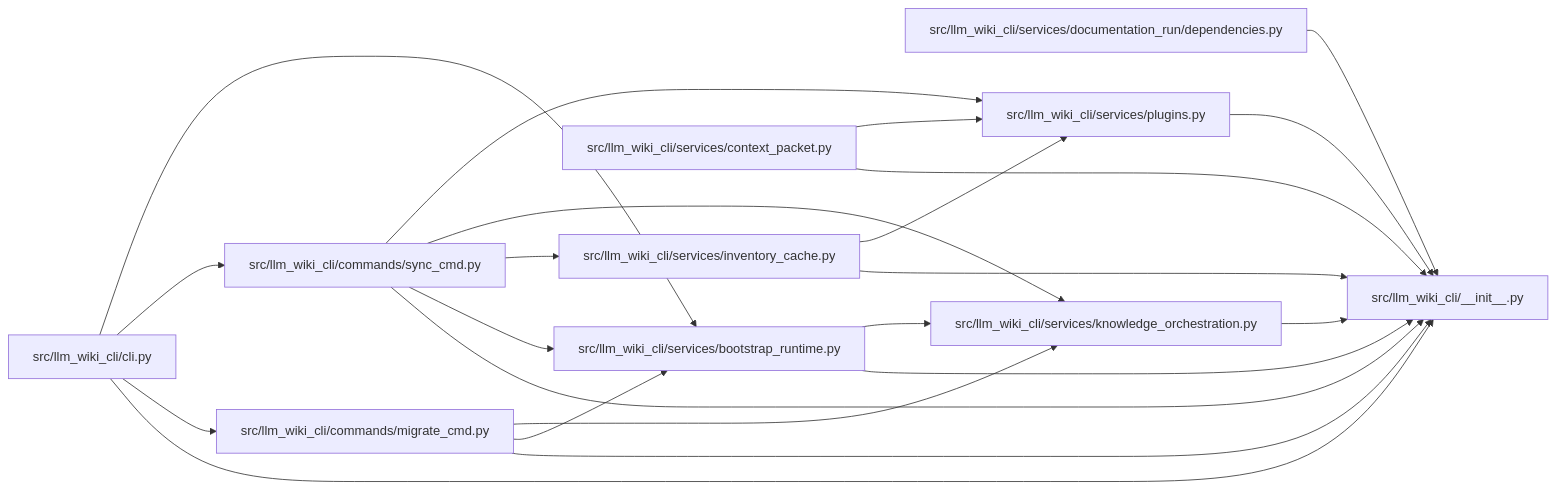
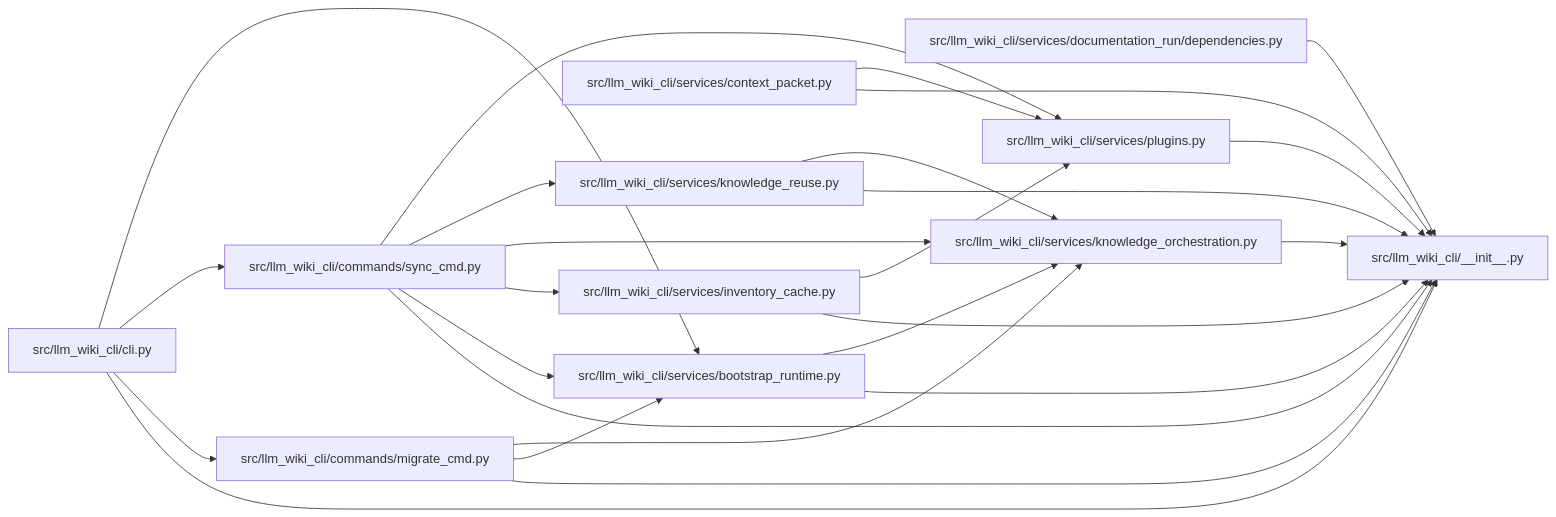
Before and after one commit to Denissvgn/python-wiki-llm: the diagram in docs/llm_wiki/modules/llm_wiki_cli___init__.md, drawn with Mermaid. The commit also changed other lines of this file and 240 other files, not shown here.

````diff
--- a/docs/llm_wiki/modules/llm_wiki_cli___init__.md
+++ b/docs/llm_wiki/modules/llm_wiki_cli___init__.md
@@ -18,44 +18,49 @@
 ```mermaid
 flowchart LR
     n0["src/llm_wiki_cli/__init__.py"]
     n1["src/llm_wiki_cli/cli.py"]
     n2["src/llm_wiki_cli/commands/migrate_cmd.py"]
     n3["src/llm_wiki_cli/commands/sync_cmd.py"]
     n4["src/llm_wiki_cli/services/bootstrap_runtime.py"]
     n5["src/llm_wiki_cli/services/context_packet.py"]
     n6["src/llm_wiki_cli/services/documentation_run/dependencies.py"]
     n7["src/llm_wiki_cli/services/inventory_cache.py"]
     n8["src/llm_wiki_cli/services/knowledge_orchestration.py"]
-    n9["src/llm_wiki_cli/services/plugins.py"]
+    n9["src/llm_wiki_cli/services/knowledge_reuse.py"]
+    n10["src/llm_wiki_cli/services/plugins.py"]
     n1 --> n0
     n1 --> n2
     n1 --> n3
     n1 --> n4
     n2 --> n0
     n2 --> n4
     n2 --> n8
     n3 --> n0
     n3 --> n4
     n3 --> n7
     n3 --> n8
     n3 --> n9
+    n3 --> n10
     n4 --> n0
     n4 --> n8
     n5 --> n0
-    n5 --> n9
+    n5 --> n10
     n6 --> n0
     n7 --> n0
-    n7 --> n9
+    n7 --> n10
     n8 --> n0
     n9 --> n0
+    n9 --> n8
+    n10 --> n0
     click n0 "../modules/llm_wiki_cli___init__.md"
     click n1 "../modules/cli.md"
     click n2 "../modules/migrate_cmd.md"
     click n3 "../modules/sync_cmd.md"
     click n4 "../modules/bootstrap_runtime.md"
     click n5 "../modules/context_packet.md"
     click n6 "../modules/documentation_run_dependencies.md"
     click n7 "../modules/inventory_cache.md"
     click n8 "../modules/knowledge_orchestration.md"
-    click n9 "../modules/plugins.md"
+    click n9 "../modules/knowledge_reuse.md"
+    click n10 "../modules/plugins.md"
 ```
````
